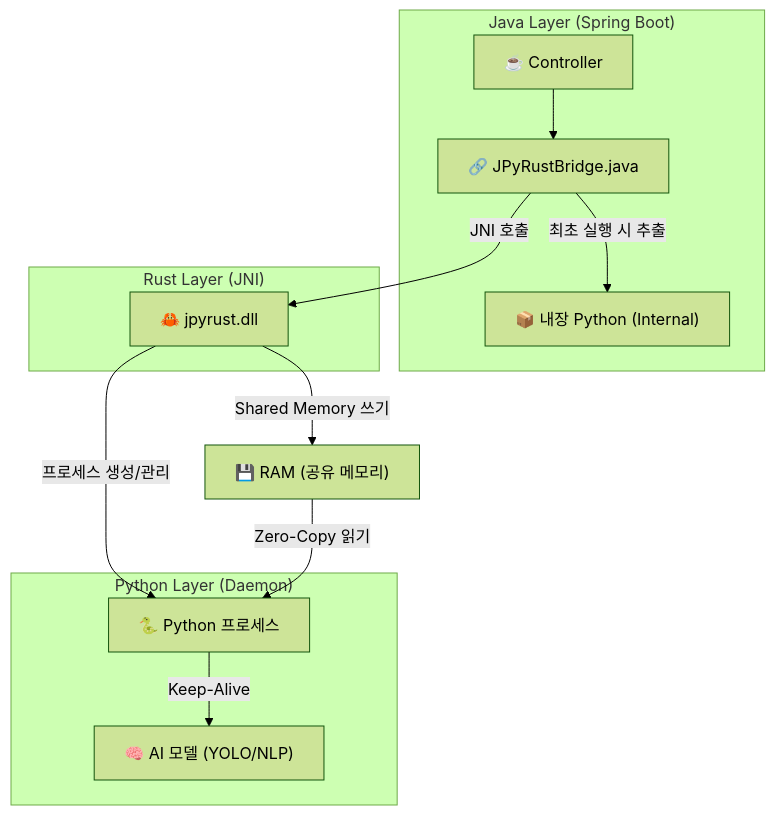
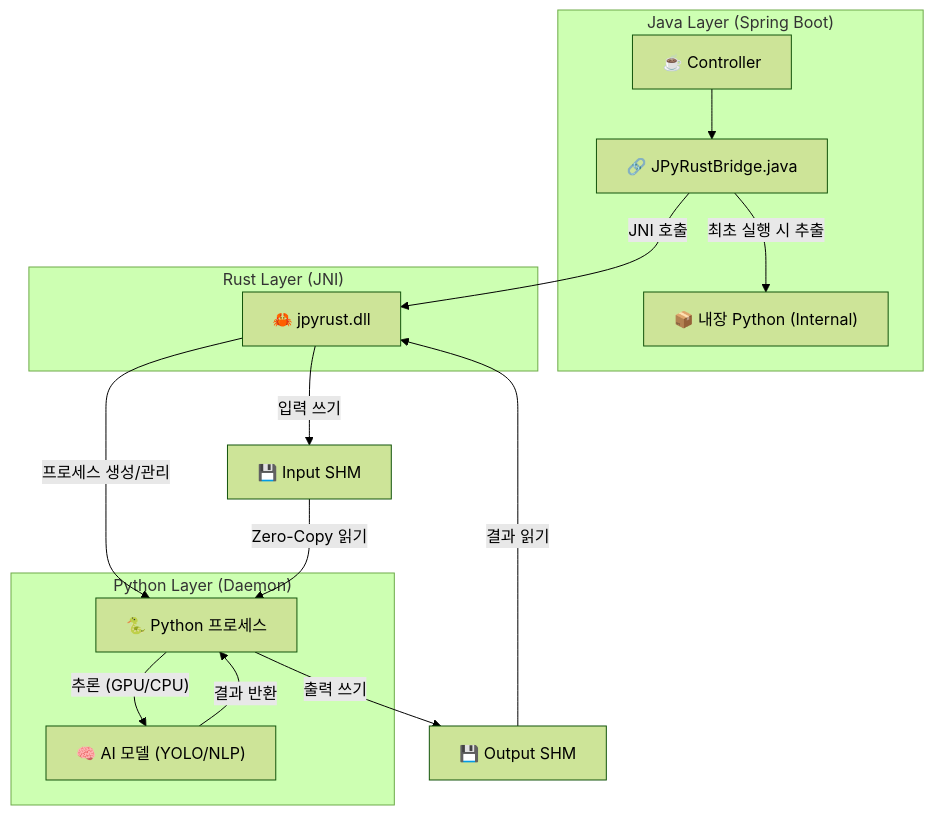
Before and after one commit to farmer0010/JPyRust: the diagram in README_KR.md, drawn with Mermaid (forest theme). The commit also changed other lines of this file and 3 other files, not shown here.

````diff
--- a/README_KR.md
+++ b/README_KR.md
@@ -49,25 +62,30 @@
 ```mermaid
 graph TD
     subgraph "Java Layer (Spring Boot)"
         Controller["☕ Controller"]
         JavaBridge["🔗 JPyRustBridge.java"]
         Dist["📦 내장 Python (Internal)"]
     end
 
     subgraph "Rust Layer (JNI)"
         RustBridge["🦀 jpyrust.dll"]
     end
 
     subgraph "Python Layer (Daemon)"
         Daemon["🐍 Python 프로세스"]
         Models["🧠 AI 모델 (YOLO/NLP)"]
     end
 
     Controller --> JavaBridge
     JavaBridge -- "최초 실행 시 추출" --> Dist
     JavaBridge -- "JNI 호출" --> RustBridge
     RustBridge -- "프로세스 생성/관리" --> Daemon
-    RustBridge -- "Shared Memory 쓰기" --> RAM["💾 RAM (공유 메모리)"]
-    RAM -- "Zero-Copy 읽기" --> Daemon
-    Daemon -- "Keep-Alive" --> Models
+    
+    RustBridge -- "입력 쓰기" --> RAM_IN["💾 Input SHM"]
+    RAM_IN -- "Zero-Copy 읽기" --> Daemon
+    Daemon -- "추론 (GPU/CPU)" --> Models
+    
+    Models -- "결과 반환" --> Daemon
+    Daemon -- "출력 쓰기" --> RAM_OUT["💾 Output SHM"]
+    RAM_OUT -- "결과 읽기" --> RustBridge
 ```
````
